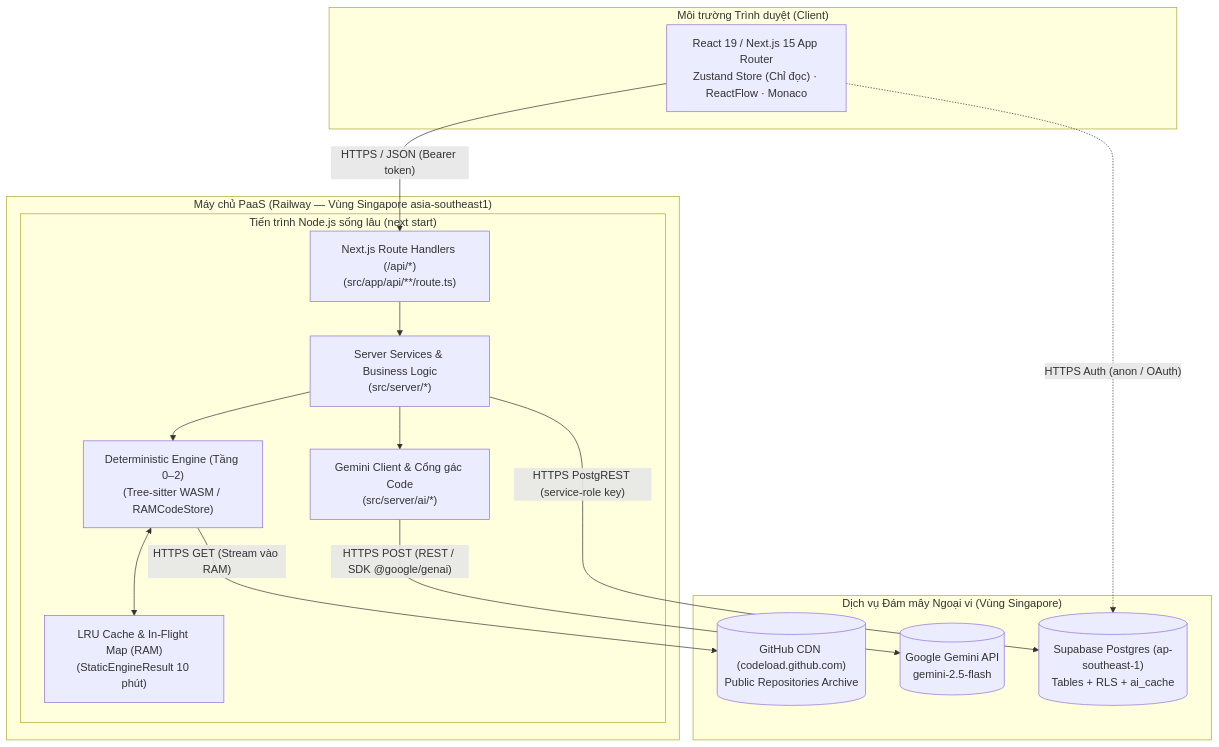
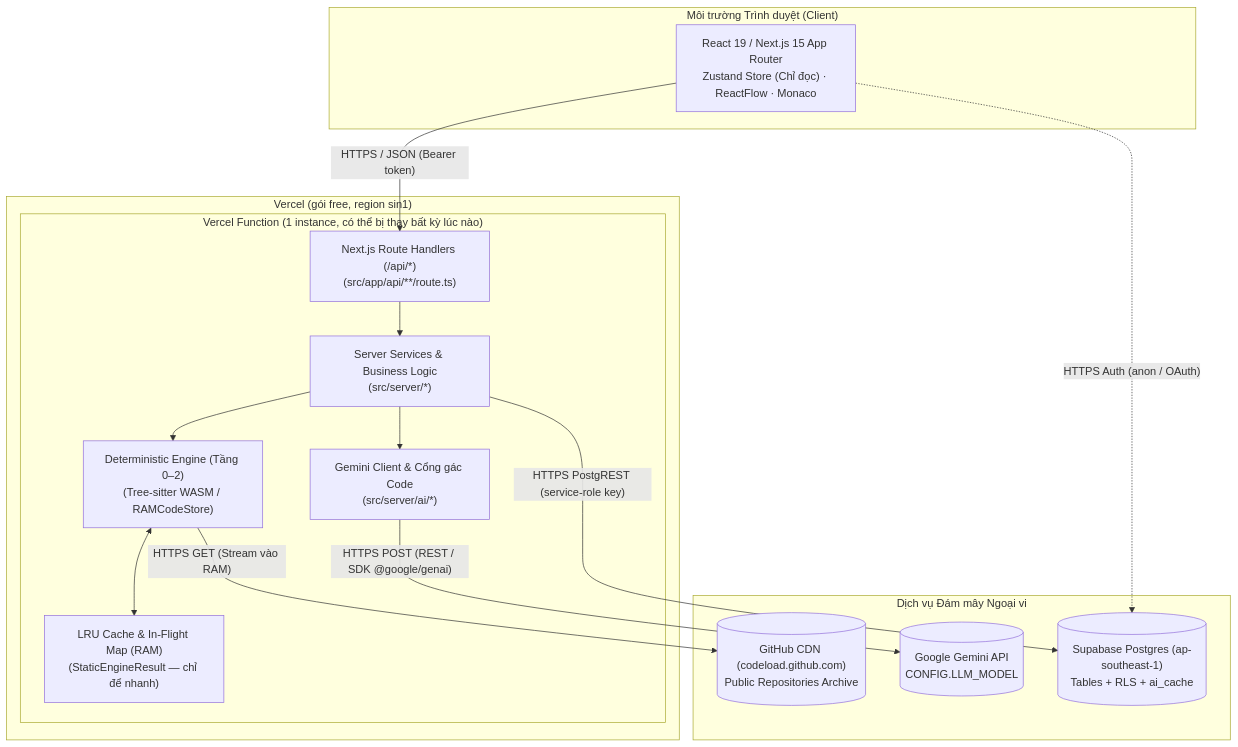
Before and after one commit to huynhthanhnhannnh-pixel/Hackathon_SGU: the second of 6 diagrams in spec/04_KIEN_TRUC_TRIEN_KHAI.md, drawn with Mermaid. The commit also changed other lines of this file and 10 other files, not shown here.

````diff
--- a/spec/04_KIEN_TRUC_TRIEN_KHAI.md
+++ b/spec/04_KIEN_TRUC_TRIEN_KHAI.md
@@ -46,32 +47,32 @@
 ```mermaid
 flowchart TB
     subgraph ClientEnv["Môi trường Trình duyệt (Client)"]
         Browser["React 19 / Next.js 15 App Router<br/>Zustand Store (Chỉ đọc) · ReactFlow · Monaco"]
     end
 
-    subgraph HostEnv["Máy chủ PaaS (Railway — Vùng Singapore asia-southeast1)"]
-        subgraph NodeProc["Tiến trình Node.js sống lâu (next start)"]
+    subgraph HostEnv["Vercel (gói free, region sin1)"]
+        subgraph Fn["Vercel Function (1 instance, có thể bị thay bất kỳ lúc nào)"]
             Routes["Next.js Route Handlers (/api/*)<br/>(src/app/api/**/route.ts)"]
             Services["Server Services & Business Logic<br/>(src/server/*)"]
             Engine["Deterministic Engine (Tầng 0–2)<br/>(Tree-sitter WASM / RAMCodeStore)"]
-            RAMCache["LRU Cache & In-Flight Map (RAM)<br/>(StaticEngineResult 10 phút)"]
+            RAMCache["LRU Cache & In-Flight Map (RAM)<br/>(StaticEngineResult — chỉ để nhanh)"]
             AIGuard["Gemini Client & Cổng gác Code<br/>(src/server/ai/*)"]
         end
     end
 
-    subgraph ExternalCloud["Dịch vụ Đám mây Ngoại vi (Vùng Singapore)"]
+    subgraph ExternalCloud["Dịch vụ Đám mây Ngoại vi"]
         SupabaseDB[("Supabase Postgres (ap-southeast-1)<br/>Tables + RLS + ai_cache")]
         GitHubCDN[("GitHub CDN (codeload.github.com)<br/>Public Repositories Archive")]
-        GeminiAPI[("Google Gemini API<br/>gemini-2.5-flash")]
+        GeminiAPI[("Google Gemini API<br/>CONFIG.LLM_MODEL")]
     end
 
     Browser -- "HTTPS / JSON (Bearer token)" --> Routes
     Routes --> Services
     Services --> Engine
     Engine <--> RAMCache
     Services --> AIGuard
     Engine -- "HTTPS GET (Stream vào RAM)" --> GitHubCDN
     AIGuard -- "HTTPS POST (REST / SDK @google/genai)" --> GeminiAPI
     Services -- "HTTPS PostgREST (service-role key)" --> SupabaseDB
     Browser -. "HTTPS Auth (anon / OAuth)" .-> SupabaseDB
 ```
````
